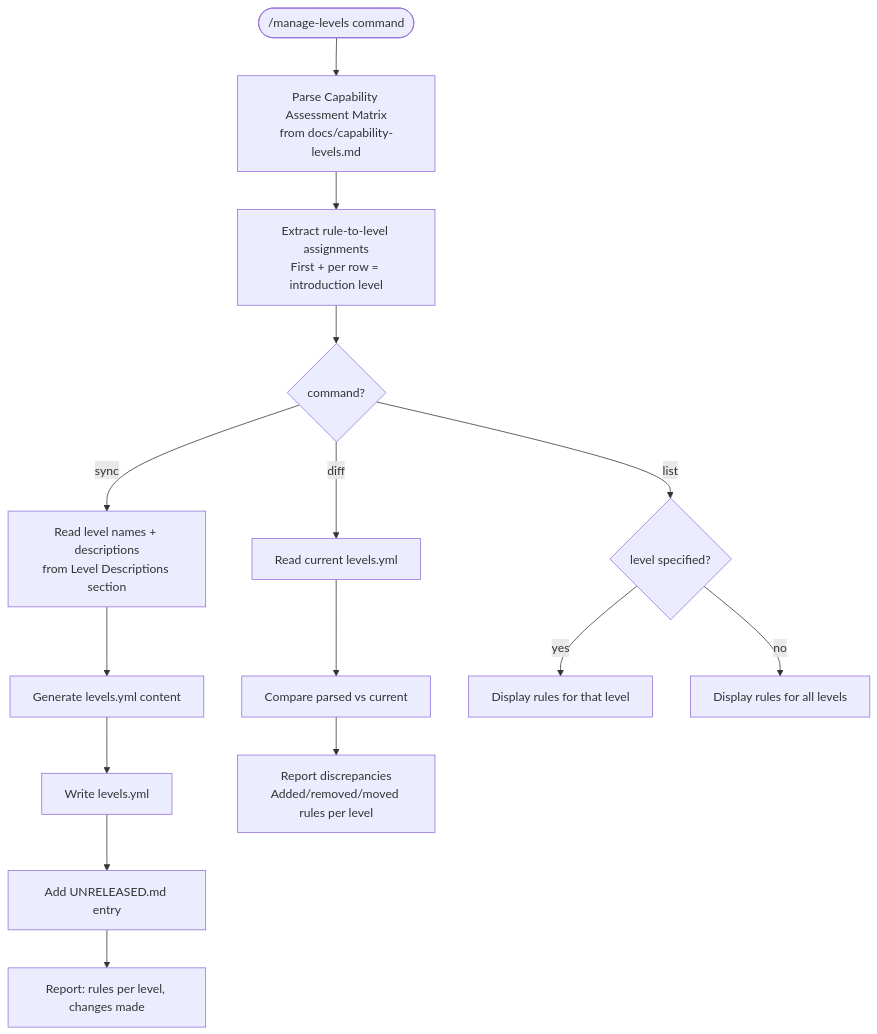
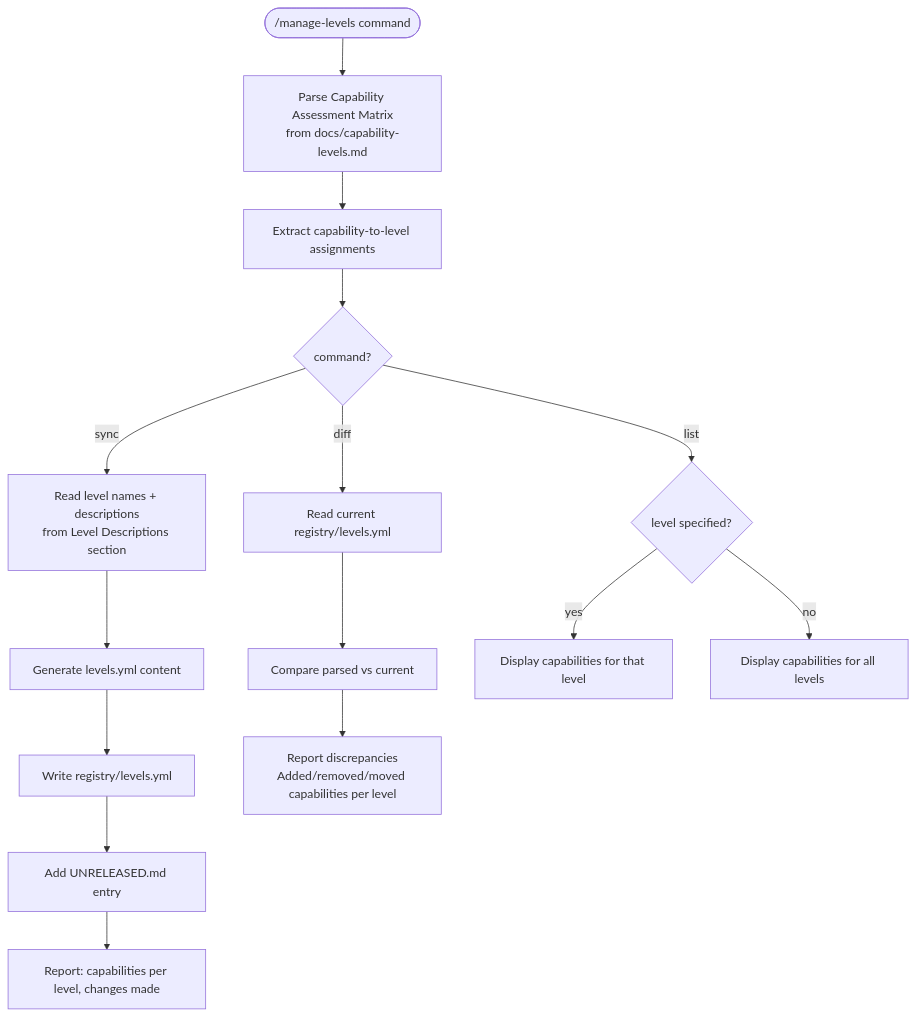
Before and after one commit to reporails/rules: the diagram in .shared/workflows/level-sync.md, drawn with Mermaid. The commit also changed other lines of this file and 20 other files, not shown here.

````diff
--- a/.shared/workflows/level-sync.md
+++ b/.shared/workflows/level-sync.md
@@ -3,17 +3,17 @@
 ```mermaid
 flowchart TD
     START([/manage-levels command]) --> PARSE[Parse Capability Assessment Matrix<br/>from docs/capability-levels.md]
-    PARSE --> EXTRACT[Extract rule-to-level assignments<br/>First + per row = introduction level]
+    PARSE --> EXTRACT[Extract capability-to-level assignments]
     EXTRACT --> MODE{command?}
     MODE -->|sync| READ_META[Read level names + descriptions<br/>from Level Descriptions section]
     READ_META --> GENERATE[Generate levels.yml content]
-    GENERATE --> WRITE[Write levels.yml]
+    GENERATE --> WRITE[Write registry/levels.yml]
     WRITE --> CHANGELOG[Add UNRELEASED.md entry]
-    CHANGELOG --> REPORT_SYNC[Report: rules per level, changes made]
-    MODE -->|diff| READ_CURRENT[Read current levels.yml]
+    CHANGELOG --> REPORT_SYNC[Report: capabilities per level, changes made]
+    MODE -->|diff| READ_CURRENT[Read current registry/levels.yml]
     READ_CURRENT --> COMPARE[Compare parsed vs current]
-    COMPARE --> REPORT_DIFF[Report discrepancies<br/>Added/removed/moved rules per level]
+    COMPARE --> REPORT_DIFF[Report discrepancies<br/>Added/removed/moved capabilities per level]
     MODE -->|list| FILTER{level specified?}
-    FILTER -->|yes| SHOW_ONE[Display rules for that level]
-    FILTER -->|no| SHOW_ALL[Display rules for all levels]
+    FILTER -->|yes| SHOW_ONE[Display capabilities for that level]
+    FILTER -->|no| SHOW_ALL[Display capabilities for all levels]
 ```
````
